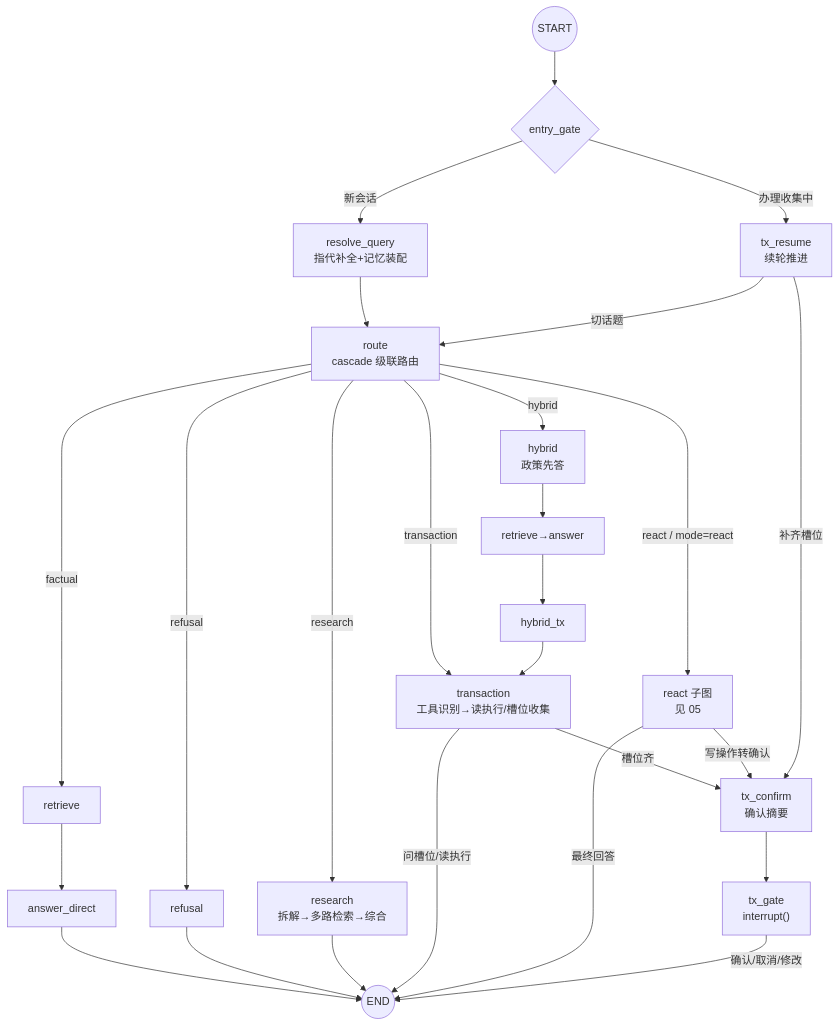
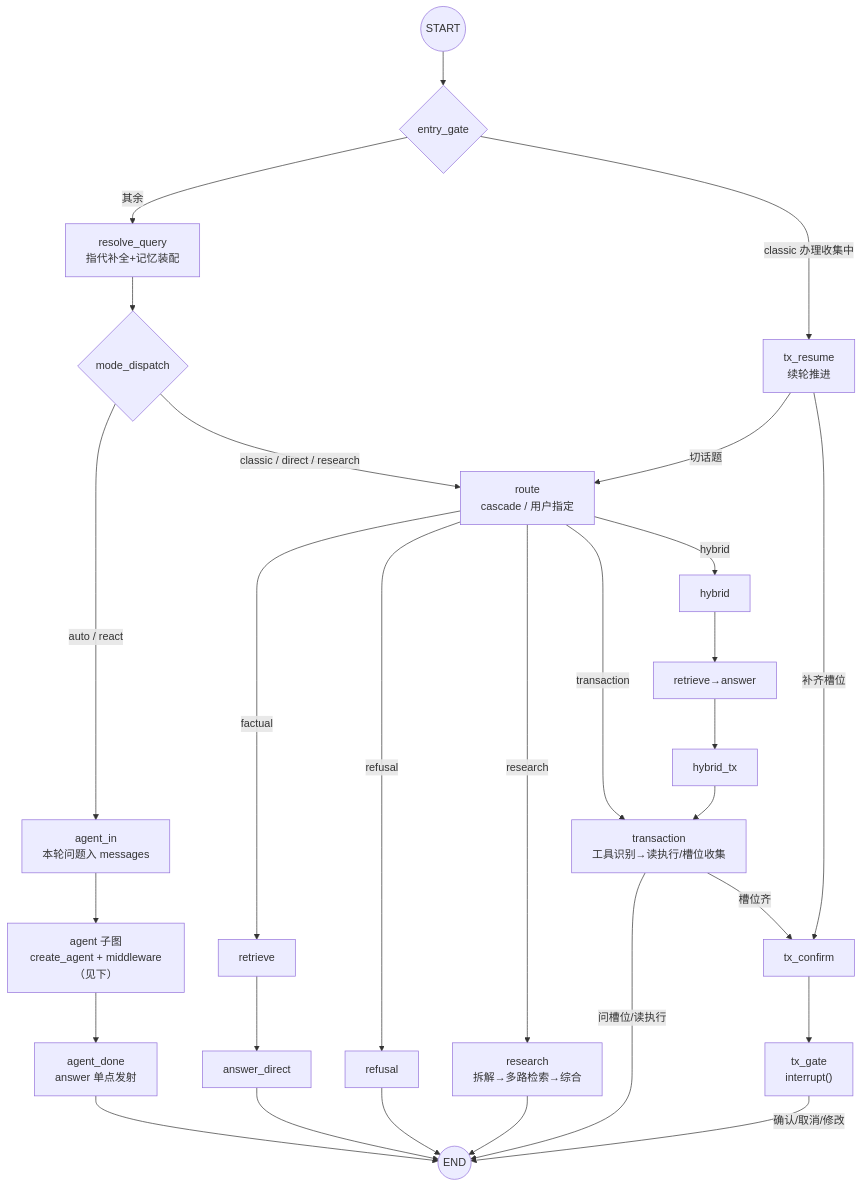
Before and after one commit to Thekshy/gewu: the first of 2 diagrams in docs/architecture/02-orchestration-graph.md, drawn with Mermaid. The commit also changed other lines of this file and 33 other files, not shown here.

````diff
--- a/docs/architecture/02-orchestration-graph.md
+++ b/docs/architecture/02-orchestration-graph.md
@@ -7,23 +7,22 @@
 ```mermaid
 flowchart TB
     START((START)) --> EG{entry_gate}
-    EG -->|办理收集中| TXR[tx_resume<br/>续轮推进]
-    EG -->|新会话| RES[resolve_query<br/>指代补全+记忆装配]
-    RES --> RT[route<br/>cascade 级联路由]
+    EG -->|classic 办理收集中| TXR[tx_resume<br/>续轮推进]
+    EG -->|其余| RES[resolve_query<br/>指代补全+记忆装配]
+    RES --> MD{mode_dispatch}
+    MD -->|auto / react| AIN[agent_in<br/>本轮问题入 messages] --> AG["agent 子图<br/>create_agent + middleware（见下）"] --> AD[agent_done<br/>answer 单点发射] --> E((END))
+    MD -->|classic / direct / research| RT[route<br/>cascade / 用户指定]
     RT -->|factual| RET[retrieve] --> ANS[answer_direct]
     RT -->|refusal| REF[refusal]
     RT -->|research| RES2[research<br/>拆解→多路检索→综合]
     RT -->|transaction| TX[transaction<br/>工具识别→读执行/槽位收集]
-    RT -->|hybrid| HY[hybrid<br/>政策先答] --> RET2[retrieve→answer] --> HYT[hybrid_tx] --> TX
-    RT -->|react / mode=react| RE[react 子图<br/>见 05]
-    ANS --> E((END))
+    RT -->|hybrid| HY[hybrid] --> RET2[retrieve→answer] --> HYT[hybrid_tx] --> TX
+    ANS --> E
     REF --> E
     RES2 --> E
-    TX -->|槽位齐| CONFIRM[tx_confirm<br/>确认摘要] --> GATE["tx_gate<br/>interrupt()"]
+    TX -->|槽位齐| CONFIRM[tx_confirm] --> GATE["tx_gate<br/>interrupt()"]
     TX -->|问槽位/读执行| E
-    RE -->|写操作转确认| CONFIRM
-    RE -->|最终回答| E
-    GATE -->|确认/取消/修改| E
     TXR -->|补齐槽位| CONFIRM
     TXR -->|切话题| RT
+    GATE -->|确认/取消/修改| E
 ```
````
